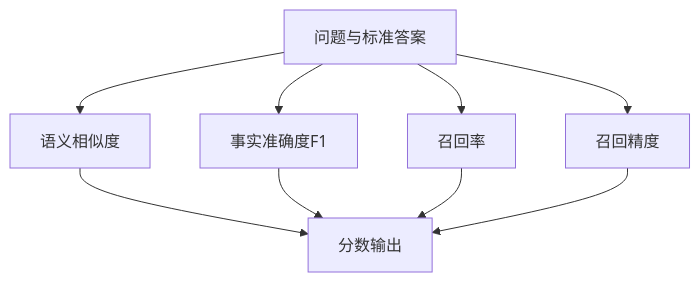
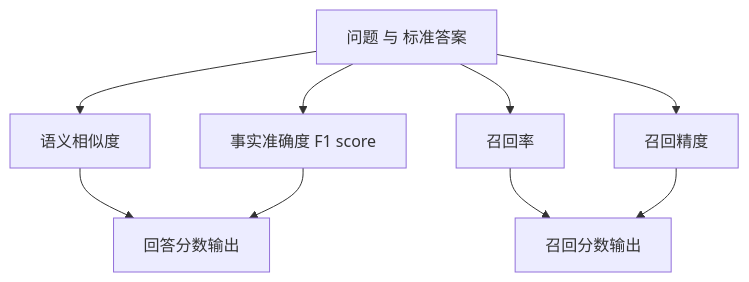
Before and after one commit to digoal/blog: the second of 4 diagrams in 202504/20250414_04.md, drawn with Mermaid.

````diff
--- a/202504/20250414_04.md
+++ b/202504/20250414_04.md
@@ -369,8 +369,9 @@
 ```mermaid  
 graph TD  
-Q[问题与标准答案] --> E1[语义相似度]  
-Q --> E2[事实准确度F1]  
+Q[问题 与 标准答案] --> E1[语义相似度]  
+Q --> E2[事实准确度 F1 score]  
 Q --> E3[召回率]  
 Q --> E4[召回精度]  
-E1 & E2 & E3 & E4 --> S[分数输出]  
+E1 & E2 --> S1[回答分数输出] 
+E3 & E4 --> S2[召回分数输出] 
 ```  
````
